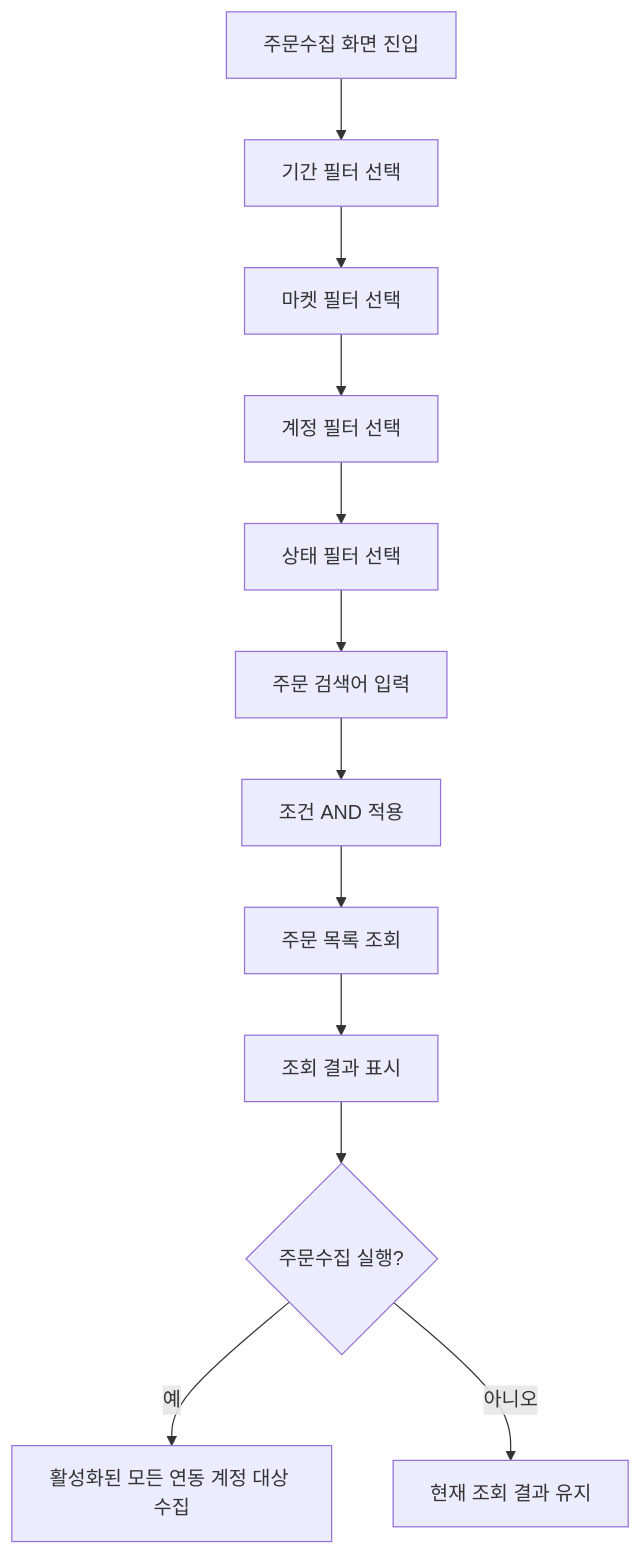
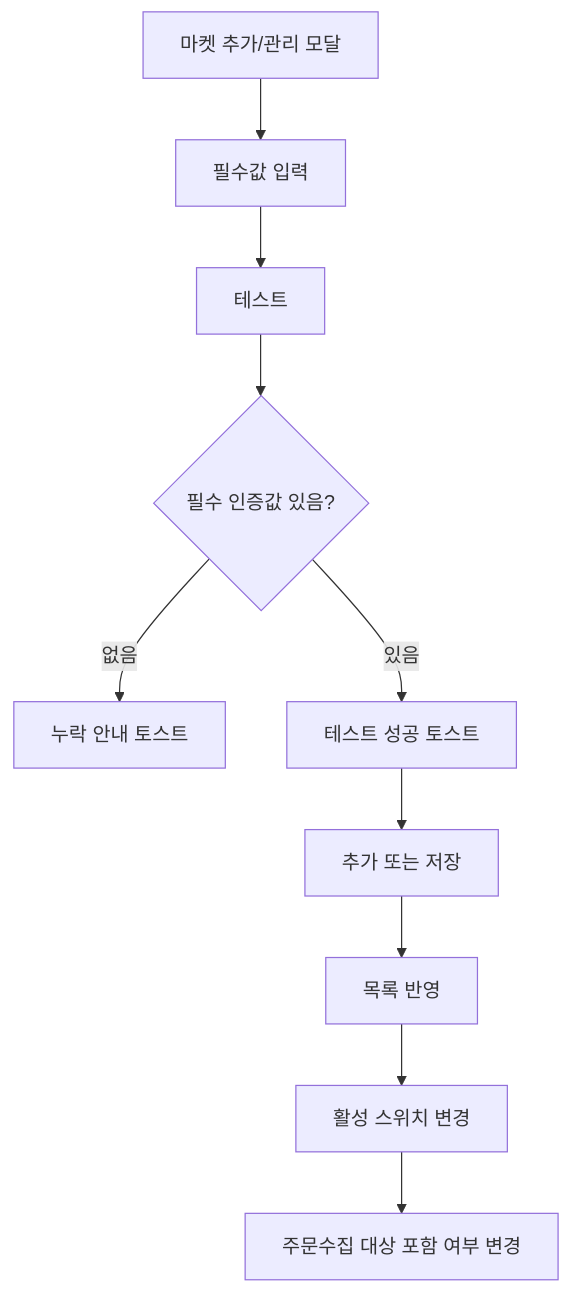
The fourth of 4 diagrams in docs/08_유저플로우/02_마켓연동_및_주문수집_유저플로우.md (moonceo/Jmpp), drawn with Mermaid before and after one commit. The commit also changed other lines of this file and 71 other files, not shown here.

````diff
--- a/docs/08_유저플로우/02_마켓연동_및_주문수집_유저플로우.md
+++ b/docs/08_유저플로우/02_마켓연동_및_주문수집_유저플로우.md
@@ -93,15 +92,12 @@
 ```mermaid
 flowchart TD
-    A["주문수집 화면 진입"] --> B["기간 필터 선택"]
-    B --> C["마켓 필터 선택"]
-    C --> D["계정 필터 선택"]
-    D --> E["상태 필터 선택"]
-    E --> F["주문 검색어 입력"]
-    F --> G["조건 AND 적용"]
-    G --> H["주문 목록 조회"]
-    H --> I["조회 결과 표시"]
-
-    I --> J{"주문수집 실행?"}
-    J -->|"예"| K["활성화된 모든 연동 계정 대상 수집"]
-    J -->|"아니오"| L["현재 조회 결과 유지"]
+    A["마켓 추가/관리 모달"] --> B["필수값 입력"]
+    B --> C["테스트"]
+    C --> D{"필수 인증값 있음?"}
+    D -->|"없음"| E["누락 안내 토스트"]
+    D -->|"있음"| F["테스트 성공 토스트"]
+    F --> G["추가 또는 저장"]
+    G --> H["목록 반영"]
+    H --> I["활성 스위치 변경"]
+    I --> J["주문수집 대상 포함 여부 변경"]
 ```
````
